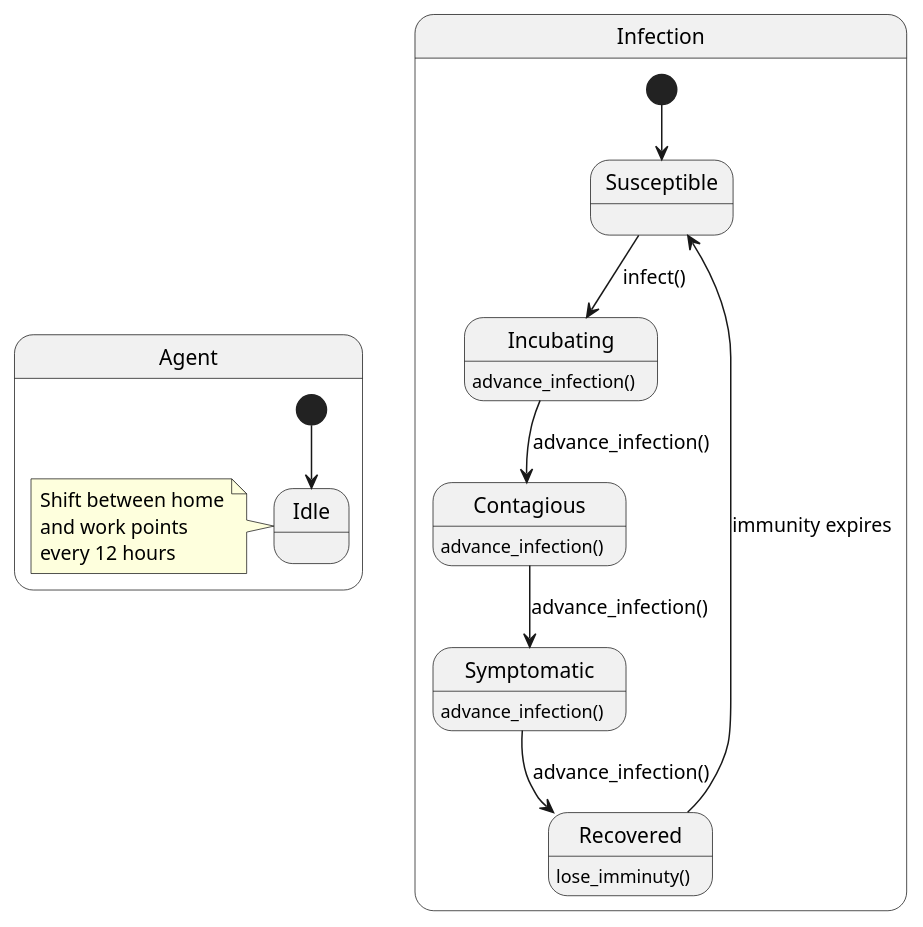
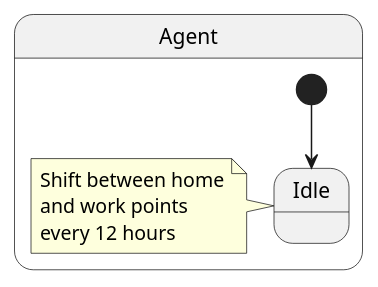
Before and after one commit to JoshuaSFryer/multi-agent-sim: the diagram in doc/uml/src/no-reaction.puml, drawn with PlantUML. The commit also changed 3 other files, not shown here.

Commit message:
Update UML

```diff
--- a/doc/uml/src/no-reaction.puml
+++ b/doc/uml/src/no-reaction.puml
@@ -1,25 +1,12 @@
 @startuml Mode_1_No_Reaction
 
 state Agent {
     [*] --> Idle
     note left of Idle
         Shift between home
         and work points
         every 12 hours
     end note
 }
-    
-state Infection {
-    [*] --> Susceptible
-    Susceptible --> Incubating : infect()
-    Incubating : advance_infection()
-    Incubating --> Contagious : advance_infection()
-    Contagious : advance_infection()
-    Contagious --> Symptomatic : advance_infection()
-    Symptomatic : advance_infection()
-    Symptomatic --> Recovered : advance_infection()
-    Recovered: lose_imminuty()
-    Recovered --> Susceptible : immunity expires
-}
 
 @enduml
```
